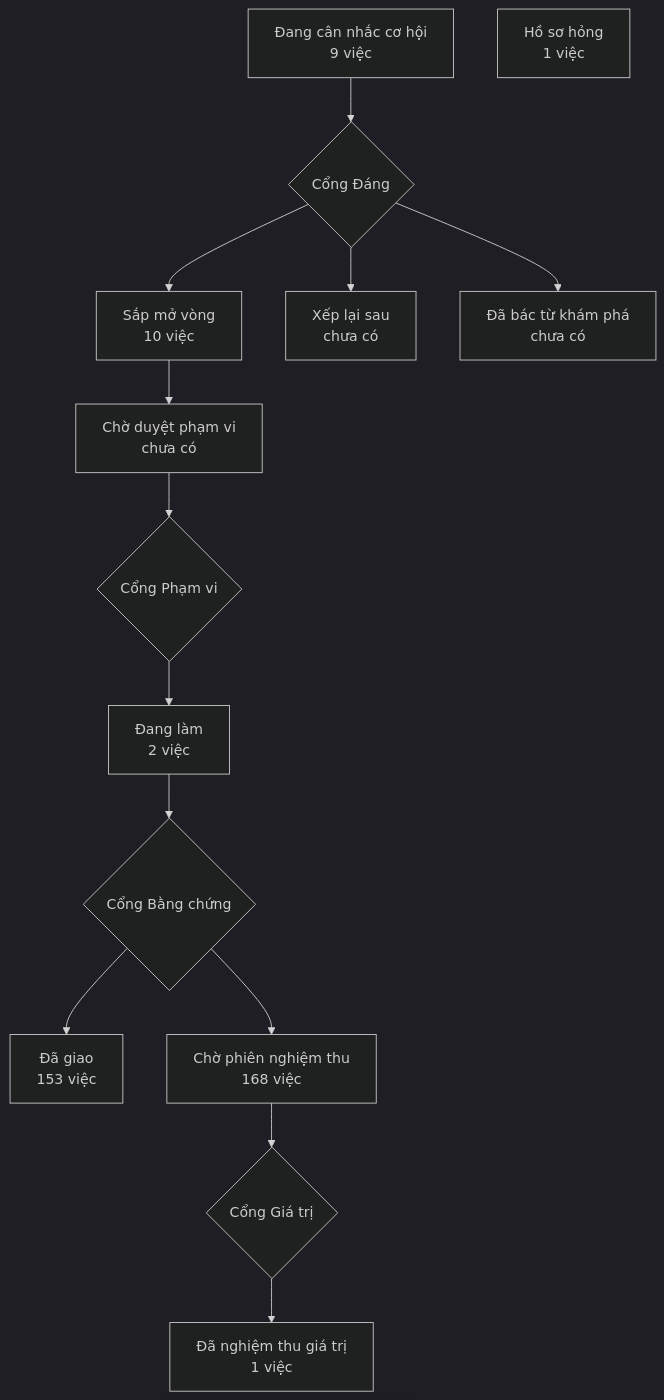
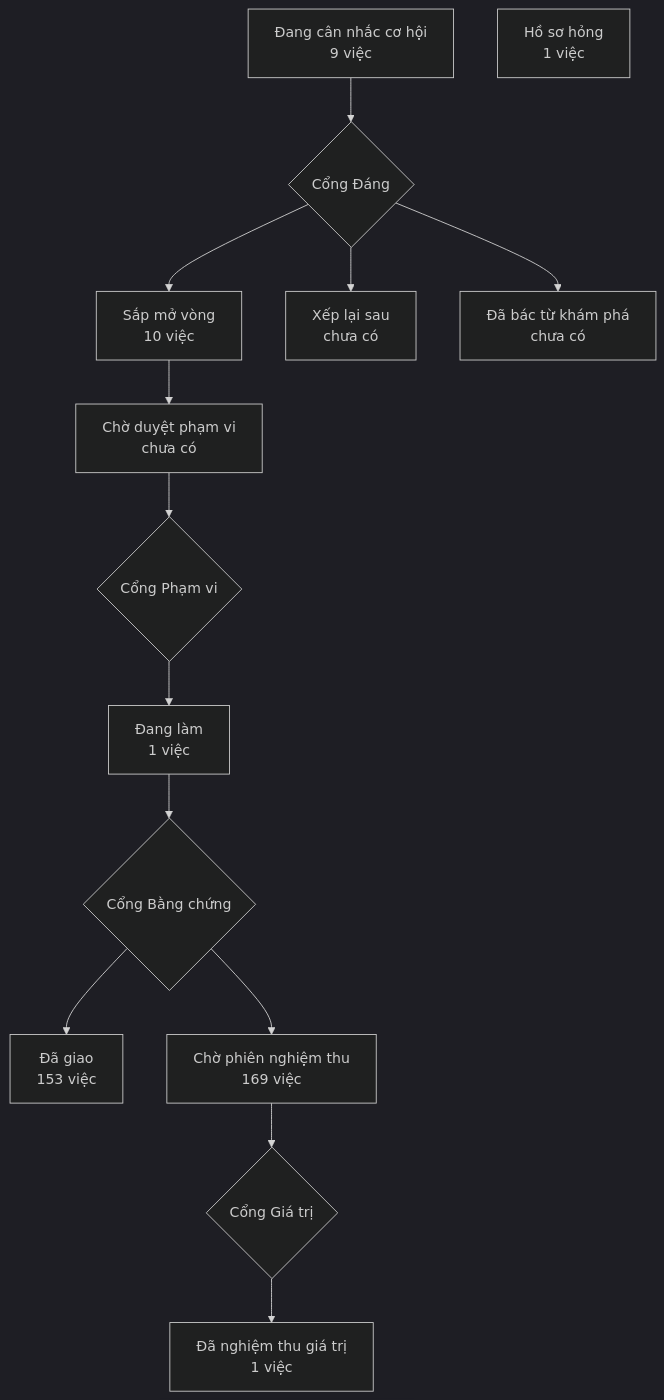
One commit to phanlemanh/crm-onehub changed the diagram in PRODUCT-MAP.md. Above: the diagram before and after it, drawn with Mermaid (dark theme). The commit also changed 6 other files, not shown here.

````diff
--- a/PRODUCT-MAP.md
+++ b/PRODUCT-MAP.md
@@ -7,13 +7,13 @@
 ```mermaid
 flowchart TD
   A["Đang cân nhắc cơ hội<br/>9 việc"] --> GD{"Cổng Đáng"}
   GD --> B["Sắp mở vòng<br/>10 việc"]
   GD --> XL["Xếp lại sau<br/>chưa có"]
   GD --> DB["Đã bác từ khám phá<br/>chưa có"]
   B --> CD["Chờ duyệt phạm vi<br/>chưa có"] --> GP{"Cổng Phạm vi"}
-  GP --> DL["Đang làm<br/>2 việc"] --> GB{"Cổng Bằng chứng"}
+  GP --> DL["Đang làm<br/>1 việc"] --> GB{"Cổng Bằng chứng"}
   GB --> DG["Đã giao<br/>153 việc"]
-  GB --> CN["Chờ phiên nghiệm thu<br/>168 việc"] --> GG{"Cổng Giá trị"}
+  GB --> CN["Chờ phiên nghiệm thu<br/>169 việc"] --> GG{"Cổng Giá trị"}
   GG --> NT["Đã nghiệm thu giá trị<br/>1 việc"]
   HS["Hồ sơ hỏng<br/>1 việc"]
 ```
````
